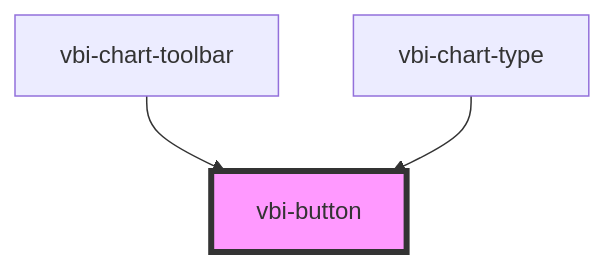
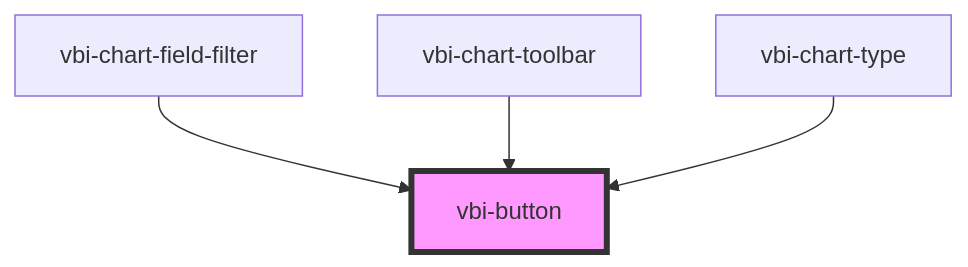
Before and after one commit to Ditto190/VBI-modme: the diagram in packages/vbi-component/src/components/ui/vbi-button/readme.md, drawn with Mermaid. The commit also changed other lines of this file and 20 other files, not shown here.

````diff
--- a/packages/vbi-component/src/components/ui/vbi-button/readme.md
+++ b/packages/vbi-component/src/components/ui/vbi-button/readme.md
@@ -27,6 +28,7 @@
 ```mermaid
 graph TD;
+  vbi-chart-field-filter --> vbi-button
   vbi-chart-toolbar --> vbi-button
   vbi-chart-type --> vbi-button
   style vbi-button fill:#f9f,stroke:#333,stroke-width:4px
 ```
````
